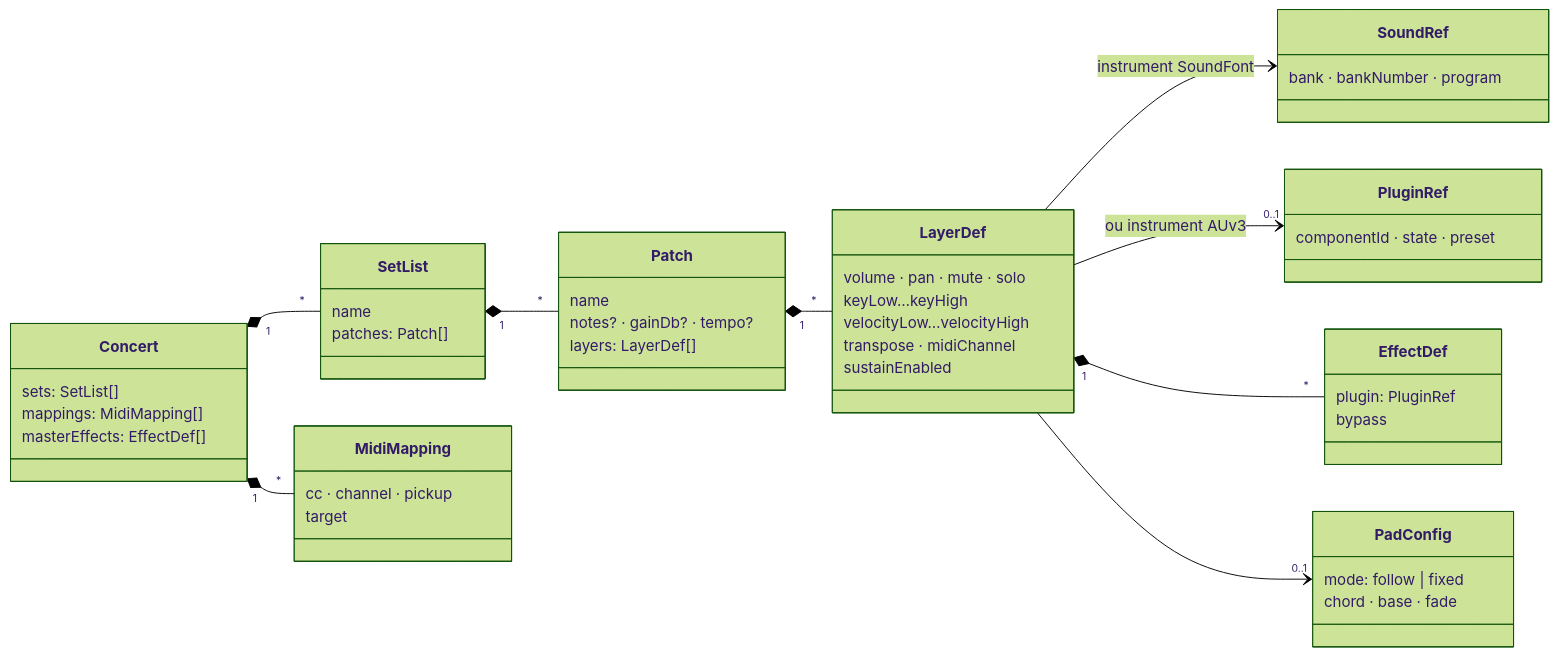
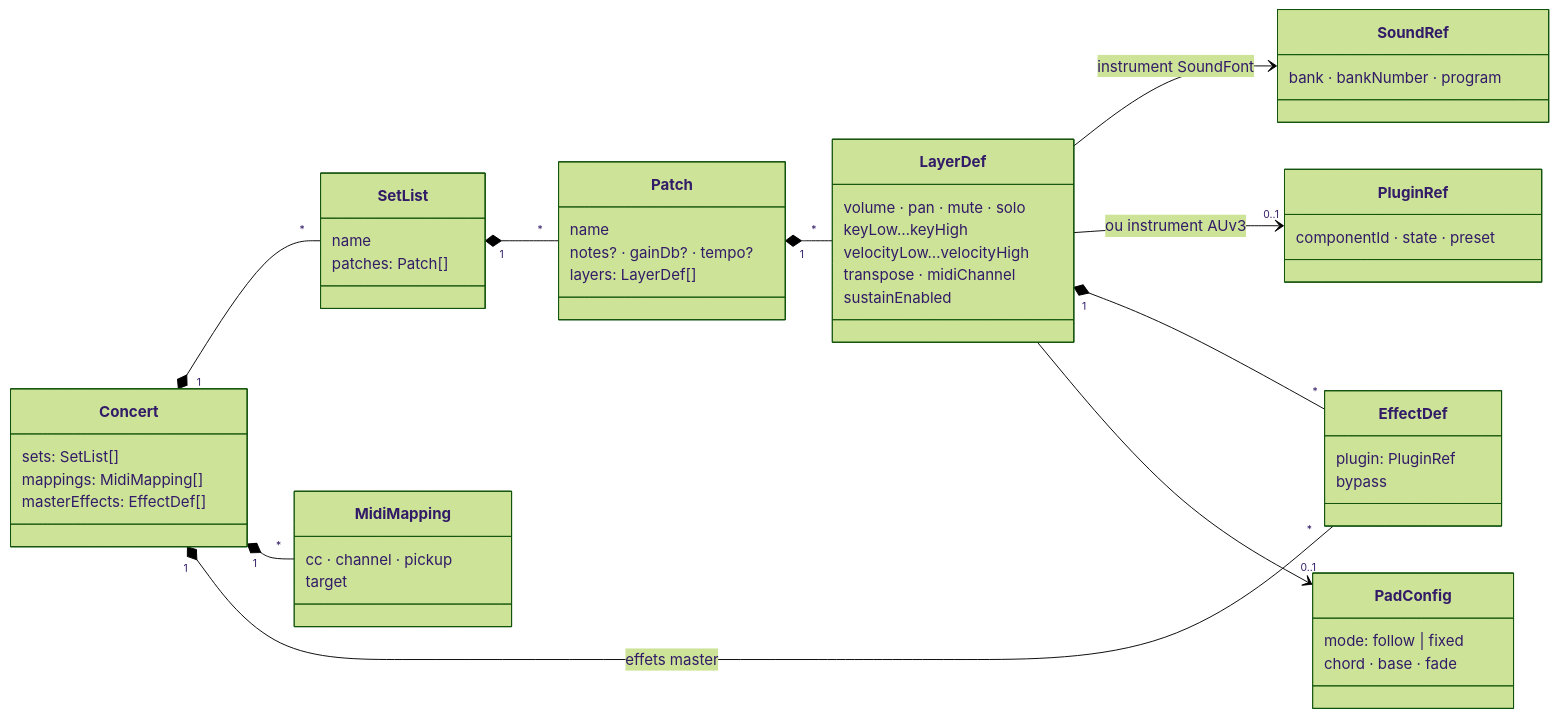
One commit to aspitrine/livekeys changed the second of 7 diagrams in README.md. Above: the diagram before and after it, drawn with Mermaid (forest theme). The commit also changed other lines of this file, not shown here.

Commit message:
docs: update README diagrams for the live stage features

````diff
--- a/README.md
+++ b/README.md
@@ -103,51 +105,52 @@
 ```mermaid
 classDiagram
   direction LR
   class Concert {
     sets: SetList[]
     mappings: MidiMapping[]
     masterEffects: EffectDef[]
   }
   class SetList {
     name
     patches: Patch[]
   }
   class Patch {
     name
     notes? · gainDb? · tempo?
     layers: LayerDef[]
   }
   class LayerDef {
     volume · pan · mute · solo
     keyLow…keyHigh
     velocityLow…velocityHigh
     transpose · midiChannel
     sustainEnabled
   }
   class SoundRef {
     bank · bankNumber · program
   }
   class PluginRef {
     componentId · state · preset
   }
   class EffectDef {
     plugin: PluginRef
     bypass
   }
   class PadConfig {
     mode: follow | fixed
     chord · base · fade
   }
   class MidiMapping {
     cc · channel · pickup
     target
   }
   Concert "1" *-- "*" SetList
   Concert "1" *-- "*" MidiMapping
+  Concert "1" *-- "*" EffectDef : effets master
   SetList "1" *-- "*" Patch
   Patch "1" *-- "*" LayerDef
   LayerDef --> SoundRef : instrument SoundFont
   LayerDef --> "0..1" PluginRef : ou instrument AUv3
   LayerDef "1" *-- "*" EffectDef
   LayerDef --> "0..1" PadConfig
 ```
````
